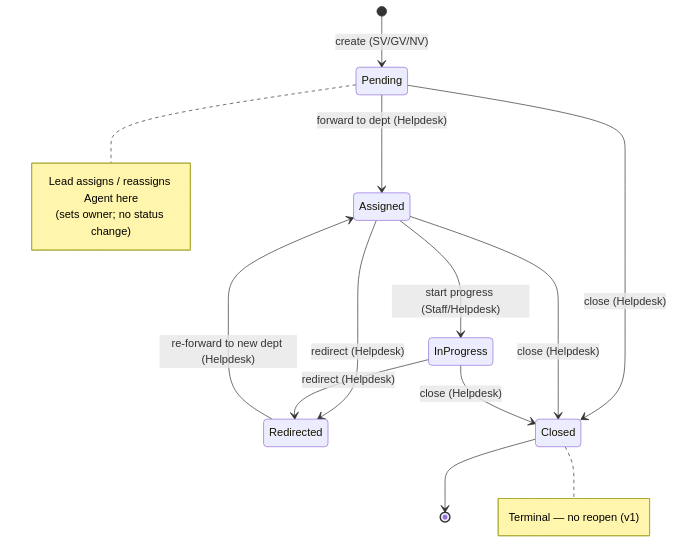
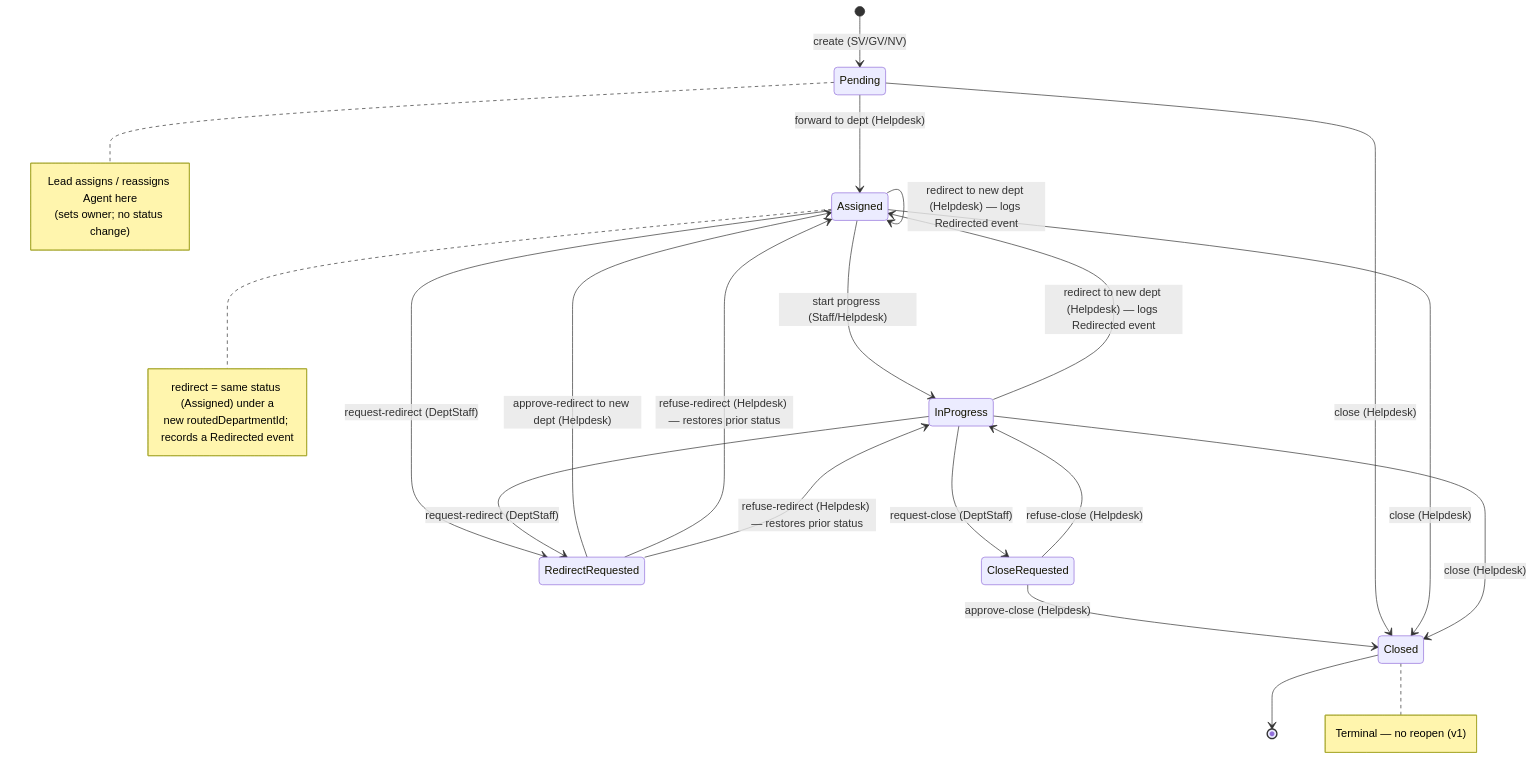
The second of 4 diagrams in docs/feature-plan.md (nguyentr02/UMS-HELPDESK-TICKET-API), drawn with Mermaid before and after one commit. The commit also changed other lines of this file and 6 other files, not shown here.

````diff
--- a/docs/feature-plan.md
+++ b/docs/feature-plan.md
@@ -116,20 +115,31 @@
 ```mermaid
 stateDiagram-v2
   [*] --> Pending : create (SV/GV/NV)
   Pending --> Assigned : forward to dept (Helpdesk)
   Assigned --> InProgress : start progress (Staff/Helpdesk)
-  Assigned --> Redirected : redirect (Helpdesk)
-  InProgress --> Redirected : redirect (Helpdesk)
-  Redirected --> Assigned : re-forward to new dept (Helpdesk)
+  Assigned --> Assigned : redirect to new dept (Helpdesk) — logs Redirected event
+  InProgress --> Assigned : redirect to new dept (Helpdesk) — logs Redirected event
+  Assigned --> RedirectRequested : request-redirect (DeptStaff)
+  InProgress --> RedirectRequested : request-redirect (DeptStaff)
+  RedirectRequested --> Assigned : approve-redirect to new dept (Helpdesk)
+  RedirectRequested --> Assigned : refuse-redirect (Helpdesk) — restores prior status
+  RedirectRequested --> InProgress : refuse-redirect (Helpdesk) — restores prior status
+  InProgress --> CloseRequested : request-close (DeptStaff)
+  CloseRequested --> InProgress : refuse-close (Helpdesk)
+  CloseRequested --> Closed : approve-close (Helpdesk)
   Pending --> Closed : close (Helpdesk)
   Assigned --> Closed : close (Helpdesk)
   InProgress --> Closed : close (Helpdesk)
   Closed --> [*]
   note right of Pending
     Lead assigns / reassigns Agent here
     (sets owner; no status change)
   end note
+  note right of Assigned
+    redirect = same status (Assigned) under a
+    new routedDepartmentId; records a Redirected event
+  end note
   note right of Closed
     Terminal — no reopen (v1)
   end note
 ```
````
